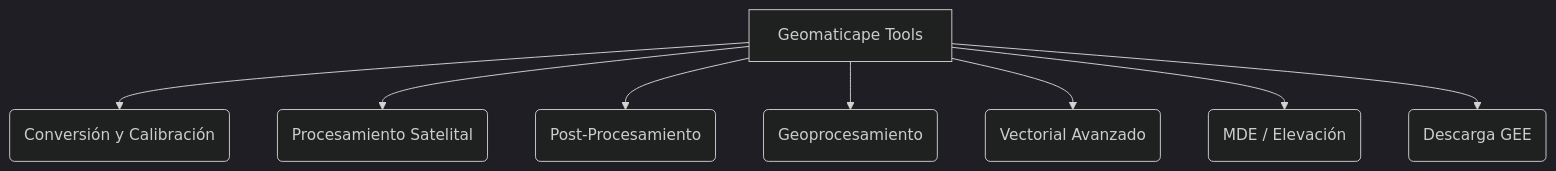
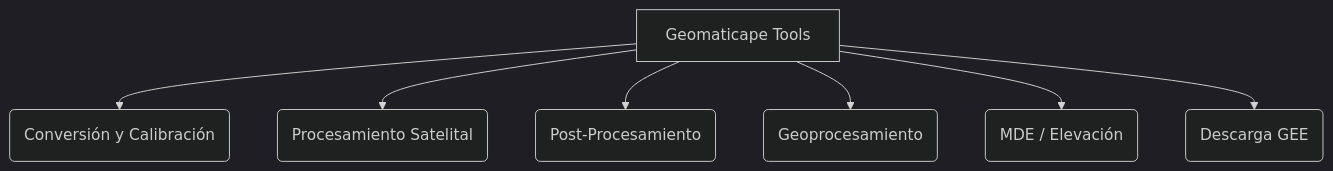
One commit to Ninobravo55/GeomaticaTools changed the diagram in README.md. Above: the diagram before and after it, drawn with Mermaid (dark theme). The commit also changed other lines of this file and 13 other files, not shown here.

````diff
--- a/README.md
+++ b/README.md
@@ -17,10 +17,9 @@
 ```mermaid
 graph TD
     A[Geomaticape Tools] --> B(Conversión y Calibración)
     A --> C(Procesamiento Satelital)
     A --> D(Post-Procesamiento)
     A --> E(Geoprocesamiento)
-    A --> F(Vectorial Avanzado)
     A --> G(MDE / Elevación)
     A --> H(Descarga GEE)
 ```
````
